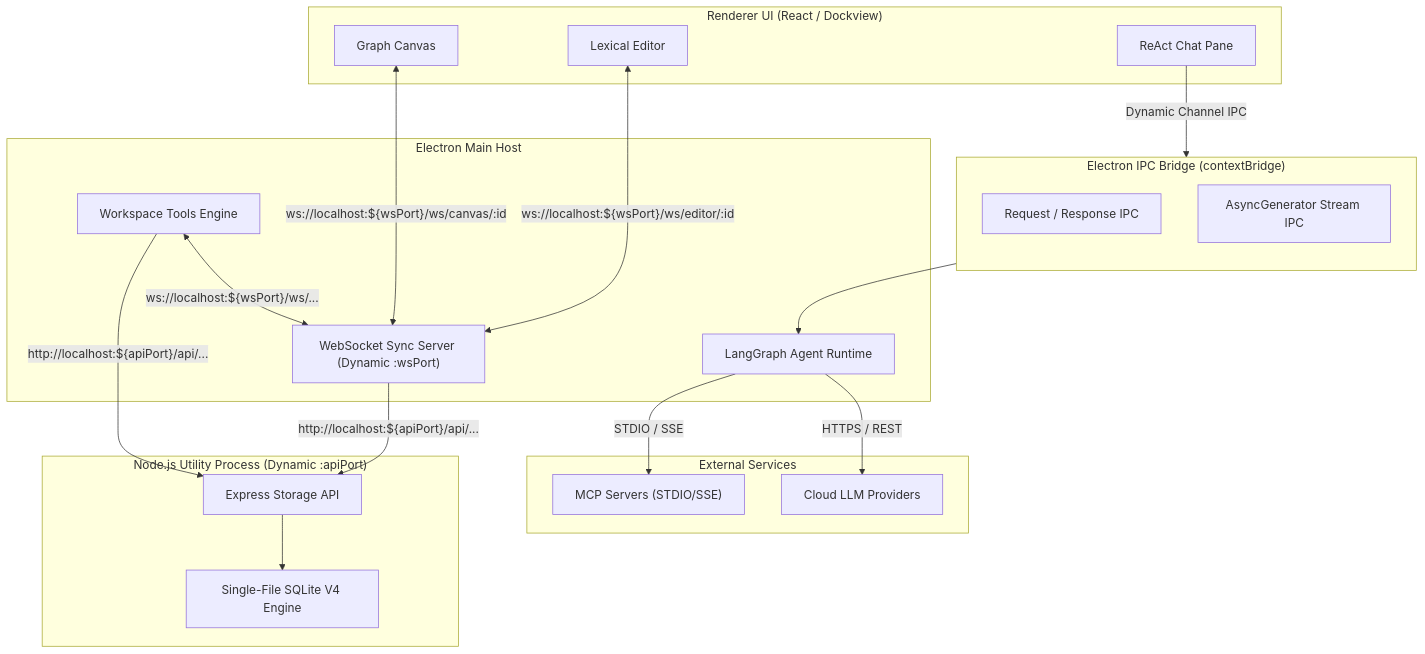
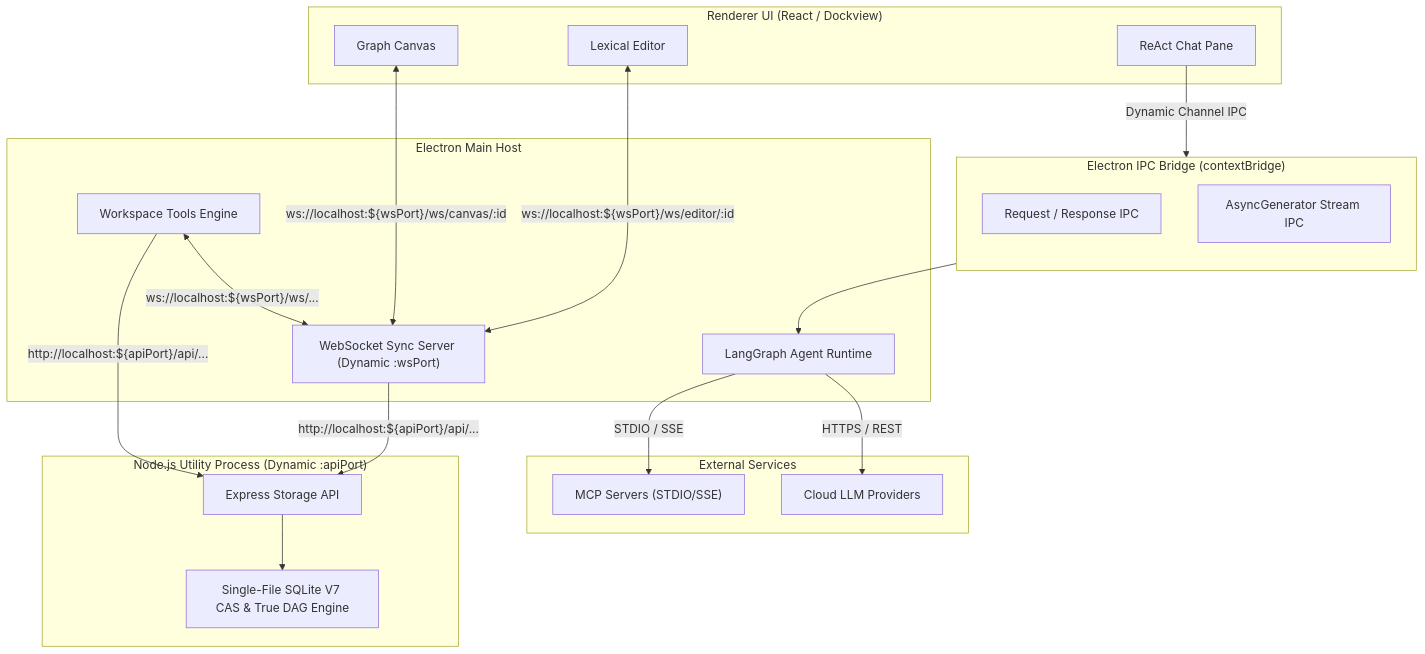
One commit to Goldwaterfung/Collaragent changed the first of 3 diagrams in docs/design-catalog/api-requirements.md. Above: the diagram before and after it, drawn with Mermaid. The commit also changed other lines of this file and 595 other files, not shown here.

Commit message:
ci: Refactor architecture to event-driven, eliminate hardcoded timeout

````diff
--- a/docs/design-catalog/api-requirements.md
+++ b/docs/design-catalog/api-requirements.md
@@ -11,42 +11,42 @@
 ```mermaid
 flowchart TB
     subgraph UI ["Renderer UI (React / Dockview)"]
         CanvasUI["Graph Canvas"]
         EditorUI["Lexical Editor"]
         ChatUI["ReAct Chat Pane"]
     end
 
     subgraph IPCBridge ["Electron IPC Bridge (contextBridge)"]
         direction TB
         IPCRequest["Request / Response IPC"]
         IPCStream["AsyncGenerator Stream IPC"]
     end
 
     subgraph MainHost ["Electron Main Host"]
         AgentRuntime["LangGraph Agent Runtime"]
         WorkspaceTools["Workspace Tools Engine"]
         WSServer["WebSocket Sync Server (Dynamic :wsPort)"]
     end
 
     subgraph UtilityProcess ["Node.js Utility Process (Dynamic :apiPort)"]
         RESTServer["Express Storage API"]
-        StorageEngine["Single-File SQLite V4 Engine"]
+        StorageEngine["Single-File SQLite V7 CAS & True DAG Engine"]
     end
 
     subgraph External ["External Services"]
         LLM["Cloud LLM Providers"]
         MCP["MCP Servers (STDIO/SSE)"]
     end
 
     %% Wiring
     ChatUI -->|"Dynamic Channel IPC"| IPCStream
     IPCStream --> AgentRuntime
     CanvasUI <-->|"ws://localhost:${wsPort}/ws/canvas/:id"| WSServer
     EditorUI <-->|"ws://localhost:${wsPort}/ws/editor/:id"| WSServer
     WorkspaceTools <-->|"ws://localhost:${wsPort}/ws/..."| WSServer
     WorkspaceTools -->|"http://localhost:${apiPort}/api/..."| RESTServer
     WSServer -->|"http://localhost:${apiPort}/api/..."| RESTServer
     RESTServer --> StorageEngine
     AgentRuntime -->|"HTTPS / REST"| LLM
     AgentRuntime -->|"STDIO / SSE"| MCP
 ```
````
